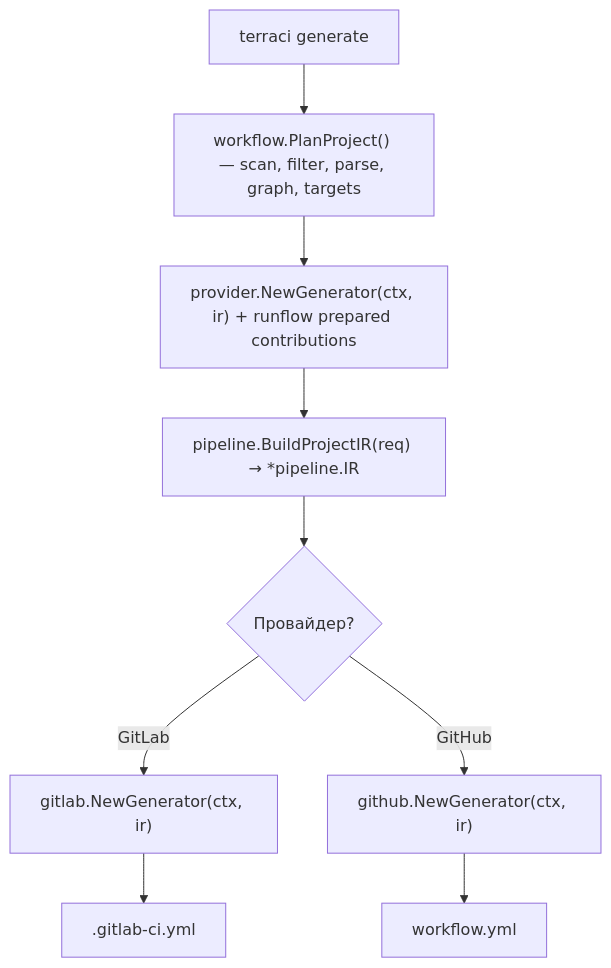
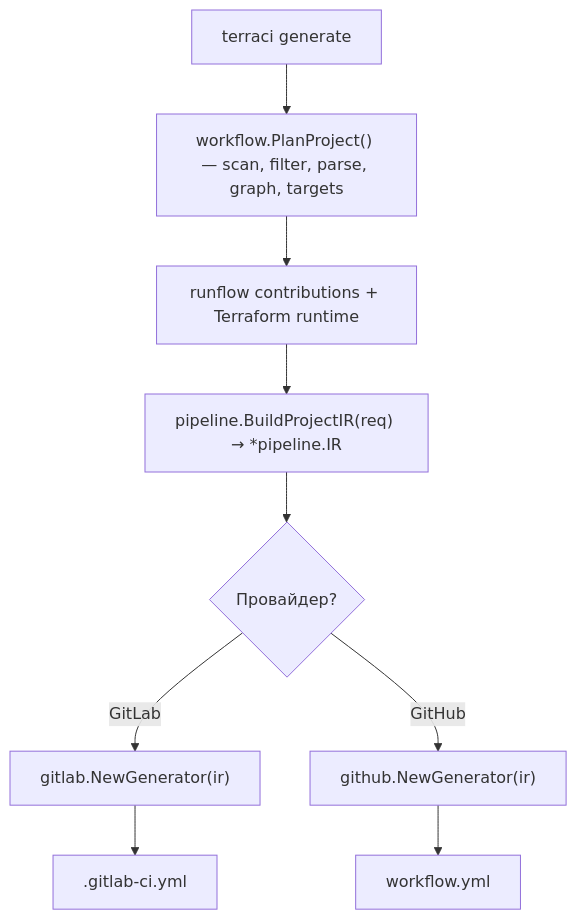
One commit to edelwud/terraci changed the fourth of 4 diagrams in docs/ru/guide/how-it-works.md. Above: the diagram before and after it, drawn with Mermaid. The commit also changed other lines of this file and 38 other files, not shown here.

Commit message:
refactor(providers): canonicalize generator runtime boundary

````diff
--- a/docs/ru/guide/how-it-works.md
+++ b/docs/ru/guide/how-it-works.md
@@ -213,10 +213,10 @@
 ```mermaid
 flowchart TD
   A["terraci generate"] --> B
   B["workflow.PlanProject() — scan, filter, parse, graph, targets"] --> C
-  C["provider.NewGenerator(ctx, ir) + runflow prepared contributions"] --> D
+  C["runflow contributions + Terraform runtime"] --> D
   D["pipeline.BuildProjectIR(req) → *pipeline.IR"] --> E
   E{"Провайдер?"}
-  E -->|GitLab| F["gitlab.NewGenerator(ctx, ir)"] --> G[".gitlab-ci.yml"]
-  E -->|GitHub| H["github.NewGenerator(ctx, ir)"] --> I["workflow.yml"]
+  E -->|GitLab| F["gitlab.NewGenerator(ir)"] --> G[".gitlab-ci.yml"]
+  E -->|GitHub| H["github.NewGenerator(ir)"] --> I["workflow.yml"]
 ```
````
